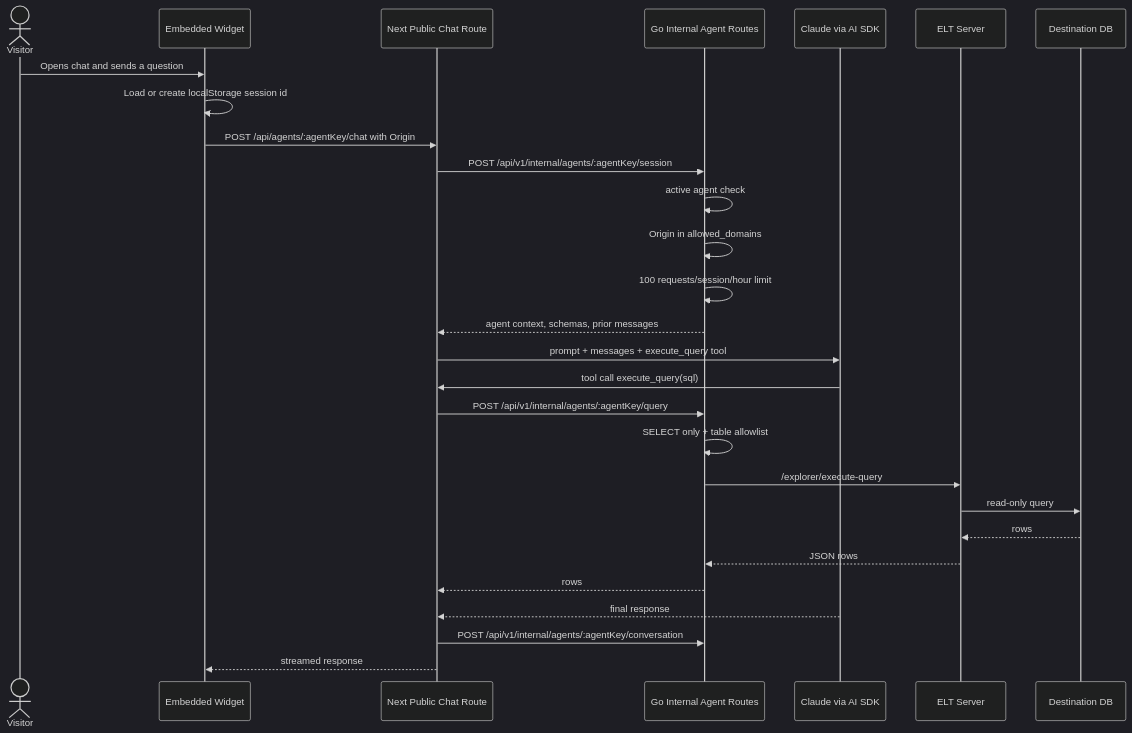
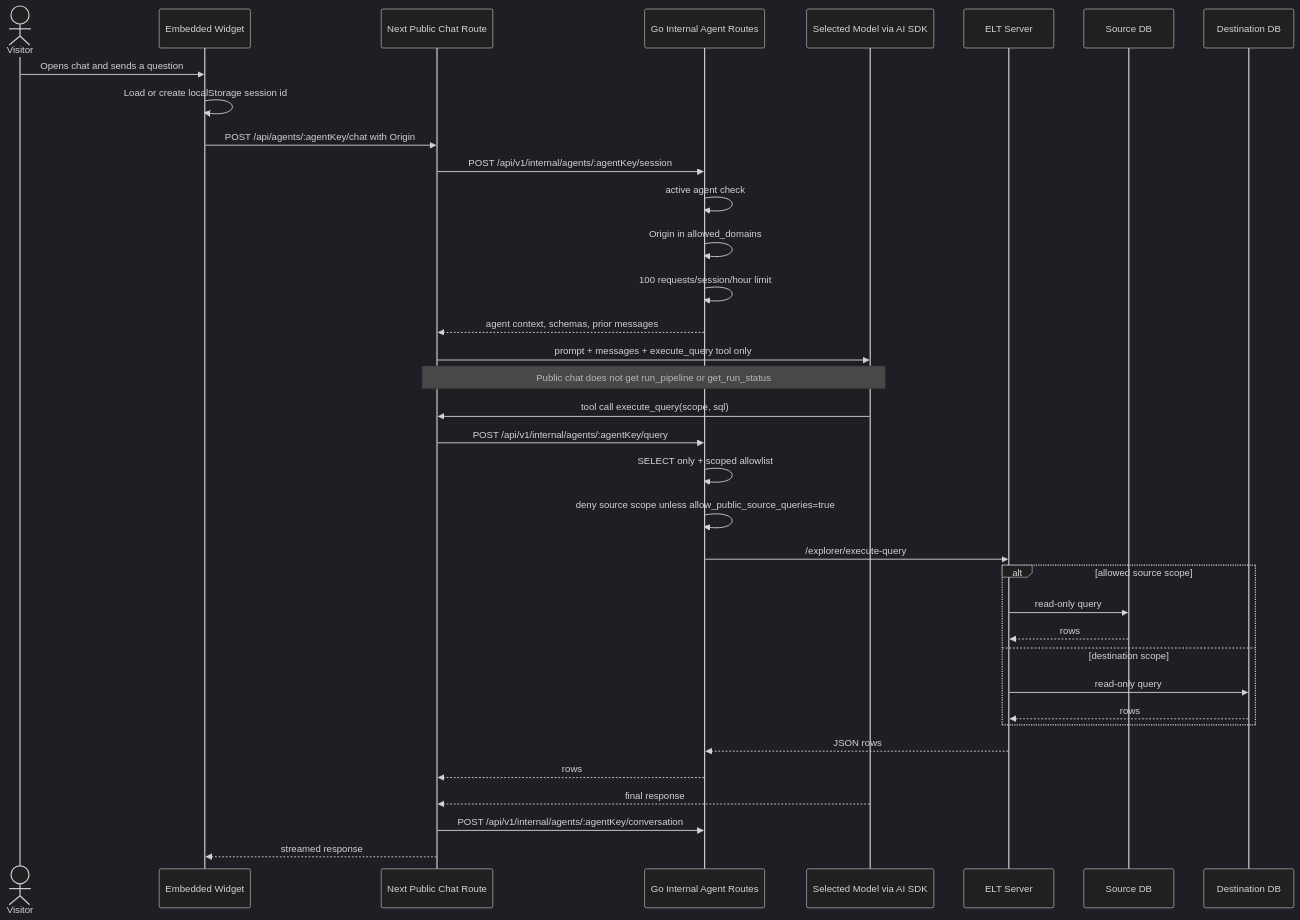
Before and after one commit to dabhivijay2478/InsightFlow: the fourth of 5 diagrams in md-docs/agents/flow-charts.md, drawn with Mermaid (dark theme). The commit also changed other lines of this file and 13 other files, not shown here.

````diff
--- a/md-docs/agents/flow-charts.md
+++ b/md-docs/agents/flow-charts.md
@@ -109,31 +127,39 @@
 ```mermaid
 sequenceDiagram
   actor Visitor
   participant Widget as Embedded Widget
   participant Next as Next Public Chat Route
   participant Go as Go Internal Agent Routes
-  participant Claude as Claude via AI SDK
+  participant Model as Selected Model via AI SDK
   participant ELT as ELT Server
+  participant Source as Source DB
   participant Dest as Destination DB
 
   Visitor->>Widget: Opens chat and sends a question
   Widget->>Widget: Load or create localStorage session id
   Widget->>Next: POST /api/agents/:agentKey/chat with Origin
   Next->>Go: POST /api/v1/internal/agents/:agentKey/session
   Go->>Go: active agent check
   Go->>Go: Origin in allowed_domains
   Go->>Go: 100 requests/session/hour limit
   Go-->>Next: agent context, schemas, prior messages
-  Next->>Claude: prompt + messages + execute_query tool
-  Claude->>Next: tool call execute_query(sql)
+  Next->>Model: prompt + messages + execute_query tool only
+  Note over Next,Model: Public chat does not get run_pipeline or get_run_status
+  Model->>Next: tool call execute_query(scope, sql)
   Next->>Go: POST /api/v1/internal/agents/:agentKey/query
-  Go->>Go: SELECT only + table allowlist
+  Go->>Go: SELECT only + scoped allowlist
+  Go->>Go: deny source scope unless allow_public_source_queries=true
   Go->>ELT: /explorer/execute-query
-  ELT->>Dest: read-only query
-  Dest-->>ELT: rows
+  alt allowed source scope
+    ELT->>Source: read-only query
+    Source-->>ELT: rows
+  else destination scope
+    ELT->>Dest: read-only query
+    Dest-->>ELT: rows
+  end
   ELT-->>Go: JSON rows
   Go-->>Next: rows
-  Claude-->>Next: final response
+  Model-->>Next: final response
   Next->>Go: POST /api/v1/internal/agents/:agentKey/conversation
   Next-->>Widget: streamed response
 ```
````
